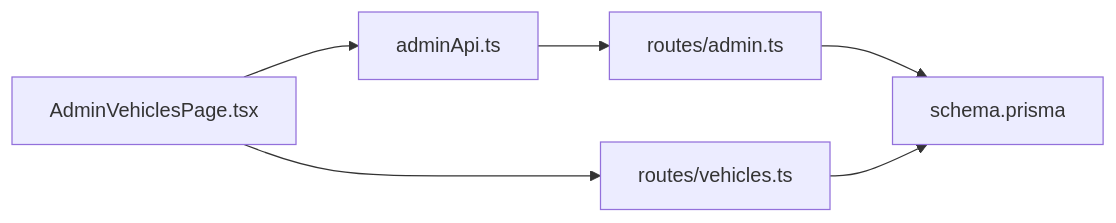
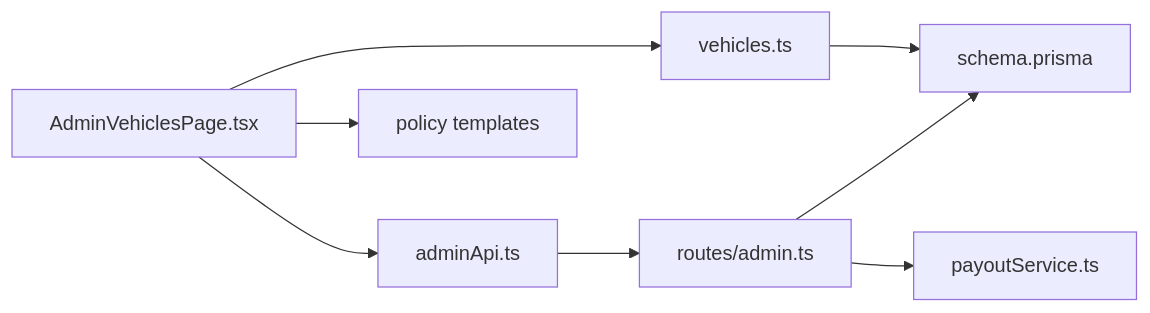
Before and after one commit to NaveenHiranya/Smart-Vehicle-Insurance-Claim-System: the third of 3 diagrams in .qoder/repowiki/en/content/Frontend Documentation/Pages and Views/Admin Pages/Admin Vehicles Page.md, drawn with Mermaid. The commit also changed other lines of this file and 21 other files, not shown here.

````diff
--- a/.qoder/repowiki/en/content/Frontend Documentation/Pages and Views/Admin Pages/Admin Vehicles Page.md
+++ b/.qoder/repowiki/en/content/Frontend Documentation/Pages and Views/Admin Pages/Admin Vehicles Page.md
@@ -206,8 +297,10 @@
 ```mermaid
 graph LR
 AVP["AdminVehiclesPage.tsx"] --> AA["adminApi.ts"]
 AA --> AR["routes/admin.ts"]
 AR --> PR["schema.prisma"]
-AVP --> VR["routes/vehicles.ts"]
+AR --> PS["payoutService.ts"]
+AVP --> VR["vehicles.ts"]
 VR --> PR
+AVP --> PT["policy templates"]
 ```
````
